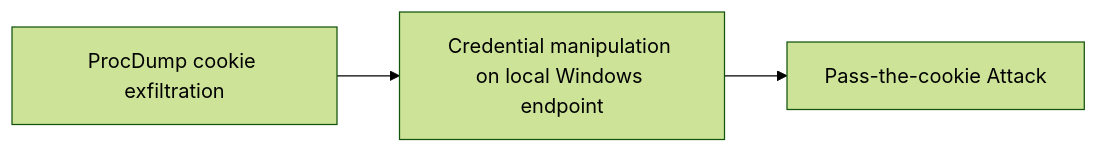
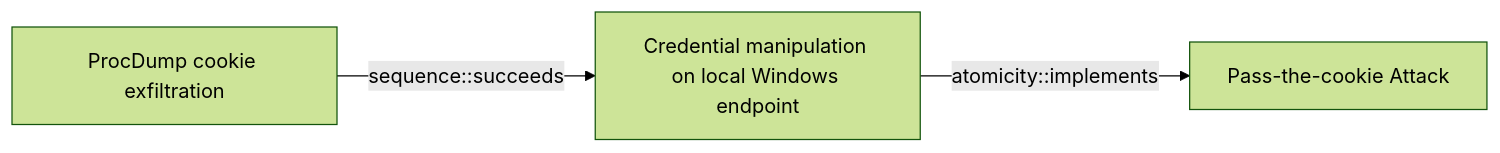
Before and after one commit to opentidehq/library: the diagram in docs/threats/procdump-cookie-exfiltration.md, drawn with Mermaid (forest theme). The commit also changed other lines of this file and 277 other files, not shown here.

````diff
--- a/docs/threats/procdump-cookie-exfiltration.md
+++ b/docs/threats/procdump-cookie-exfiltration.md
@@ -29,8 +70,8 @@
 ```mermaid
 flowchart LR
 e8761933_3137_41f7_bf7a_2687cac68524["ProcDump cookie exfiltration"]
 ec8201d4_c135_406b_a3b5_4a070e80a2ee["Credential manipulation on local Windows endpoint"]
 b0d6bf74_b204_4a48_9509_4499ed795771["Pass-the-cookie Attack"]
-e8761933_3137_41f7_bf7a_2687cac68524 --> ec8201d4_c135_406b_a3b5_4a070e80a2ee
-ec8201d4_c135_406b_a3b5_4a070e80a2ee --> b0d6bf74_b204_4a48_9509_4499ed795771
+e8761933_3137_41f7_bf7a_2687cac68524 -->|sequence::succeeds| ec8201d4_c135_406b_a3b5_4a070e80a2ee
+ec8201d4_c135_406b_a3b5_4a070e80a2ee -->|atomicity::implements| b0d6bf74_b204_4a48_9509_4499ed795771
 ```
````
